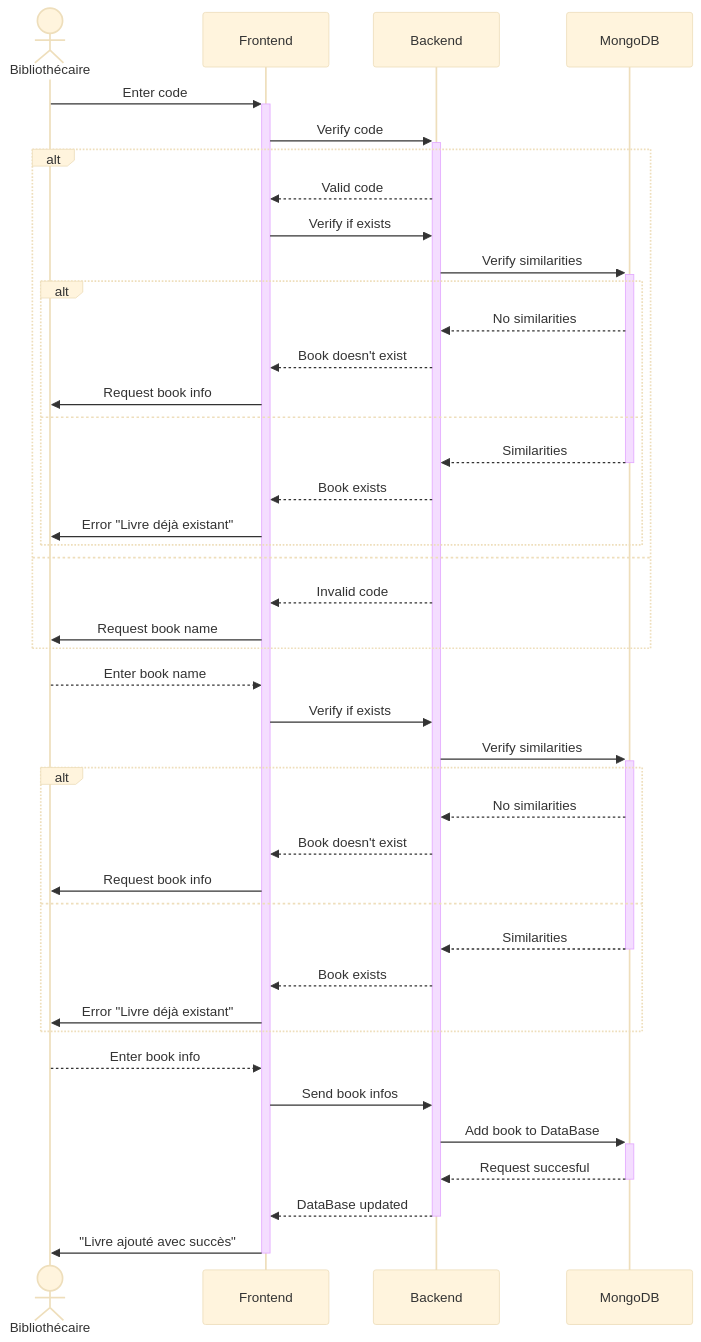
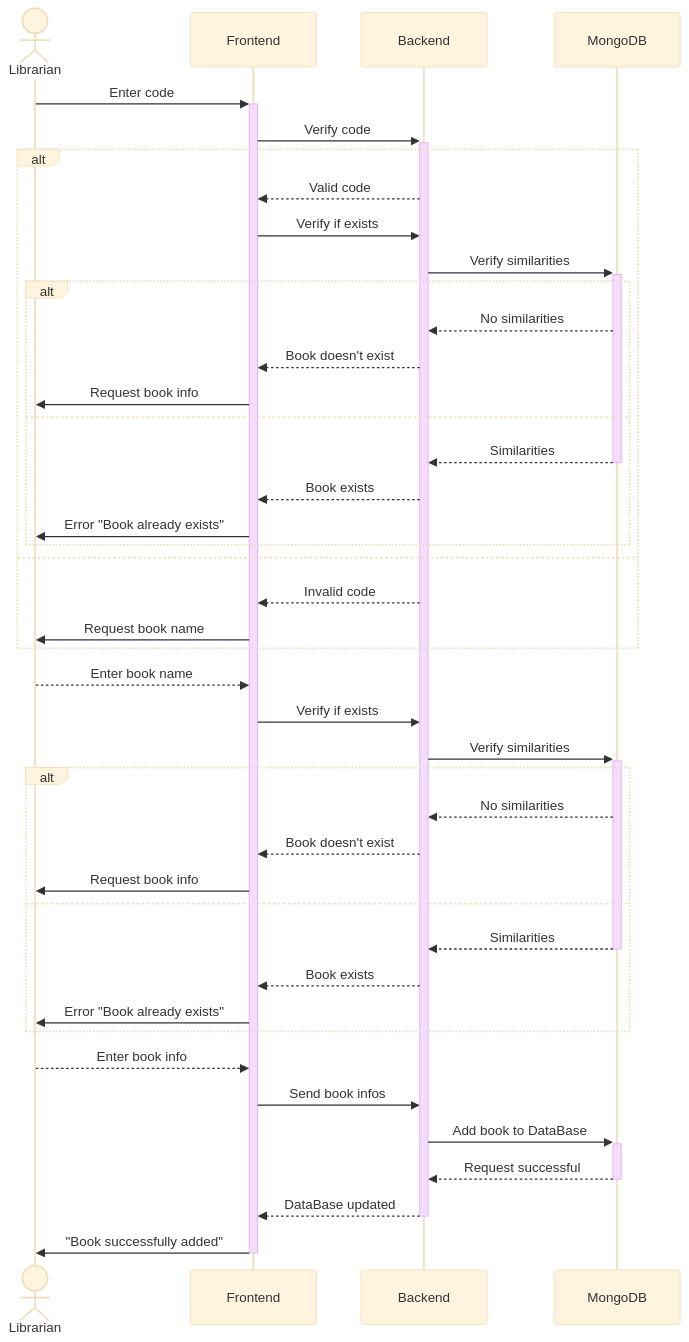
The second of 2 diagrams in Fall_2023/Exercices/Diagrams/README.md (sejbouchereau/Labwork), drawn with Mermaid (base theme) before and after one commit. The commit also changed other lines of this file, not shown here.

````diff
--- a/Fall_2023/Exercices/Diagrams/README.md
+++ b/Fall_2023/Exercices/Diagrams/README.md
@@ -43,48 +43,48 @@
 ```mermaid
 sequenceDiagram
-actor Bibliothécaire
-    Bibliothécaire->>+Frontend: Enter code
+actor Librarian
+    Librarian->>+Frontend: Enter code
     Frontend->>+Backend: Verify code
 
     alt
         Backend-->>Frontend: Valid code
         Frontend->>Backend: Verify if exists
         Backend->>+MongoDB: Verify similarities
 
         alt
         MongoDB-->>Backend: No similarities
         Backend-->>Frontend: Book doesn't exist
-        Frontend->>Bibliothécaire: Request book info
+        Frontend->>Librarian: Request book info
 
         else
         MongoDB-->>-Backend: Similarities
         Backend-->>Frontend: Book exists
-        Frontend->>Bibliothécaire: Error "Livre déjà existant"
+        Frontend->>Librarian: Error "Book already exists"
         end
     else
         Backend-->>Frontend: Invalid code
-        Frontend->>Bibliothécaire: Request book name
+        Frontend->>Librarian: Request book name
     end
 
-    Bibliothécaire-->>Frontend: Enter book name
+    Librarian-->>Frontend: Enter book name
     Frontend->>Backend: Verify if exists
     Backend->>+MongoDB: Verify similarities
 
         alt
         MongoDB-->>Backend: No similarities
         Backend-->>Frontend: Book doesn't exist
-        Frontend->>Bibliothécaire: Request book info
+        Frontend->>Librarian: Request book info
 
         else
         MongoDB-->>-Backend: Similarities
         Backend-->>Frontend: Book exists
-        Frontend->>Bibliothécaire: Error "Livre déjà existant"
+        Frontend->>Librarian: Error "Book already exists"
         end
 
-    Bibliothécaire-->>Frontend: Enter book info
+    Librarian-->>Frontend: Enter book info
     Frontend->>Backend: Send book infos
     Backend->>+MongoDB: Add book to DataBase
-    MongoDB-->>-Backend: Request succesful
+    MongoDB-->>-Backend: Request successful
     Backend-->>-Frontend: DataBase updated
-    Frontend->>-Bibliothécaire: "Livre ajouté avec succès"
+    Frontend->>-Librarian: "Book successfully added"
 ```
````
